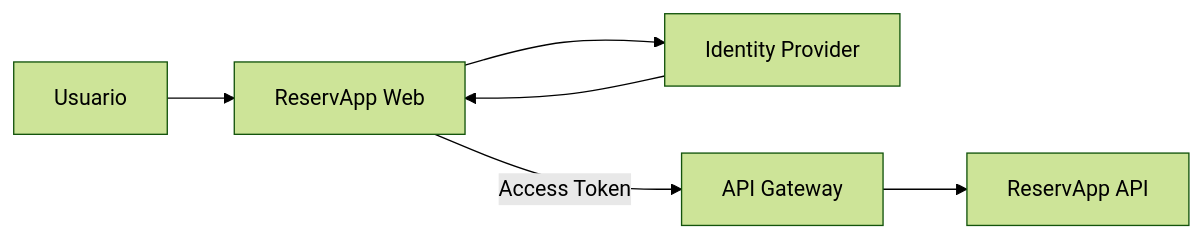
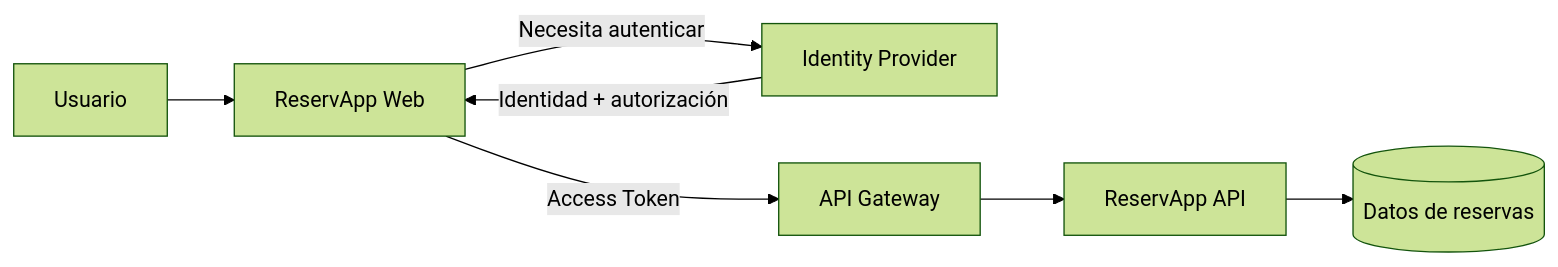
Before and after one commit to cmartinezs/DSY1107-DESARROLLO-CLOUD-NATIVE-I-2026-2: the first of 9 diagrams in semanas/semana-02/01-oauth2-oidc.md, drawn with Mermaid (forest theme). The commit also changed other lines of this file, not shown here.

Commit message:
docs: profundiza OAuth2 OIDC y agrega diagramas Mermaid

````diff
--- a/semanas/semana-02/01-oauth2-oidc.md
+++ b/semanas/semana-02/01-oauth2-oidc.md
@@ -128,8 +34,9 @@
 ```mermaid
 flowchart LR
     U[Usuario] --> C[ReservApp Web]
-    C --> I[Identity Provider]
-    I --> C
+    C -->|Necesita autenticar| IDP[Identity Provider]
+    IDP -->|Identidad + autorización| C
     C -->|Access Token| G[API Gateway]
-    G --> A[ReservApp API]
+    G --> API[ReservApp API]
+    API --> DB[(Datos de reservas)]
 ```
````
